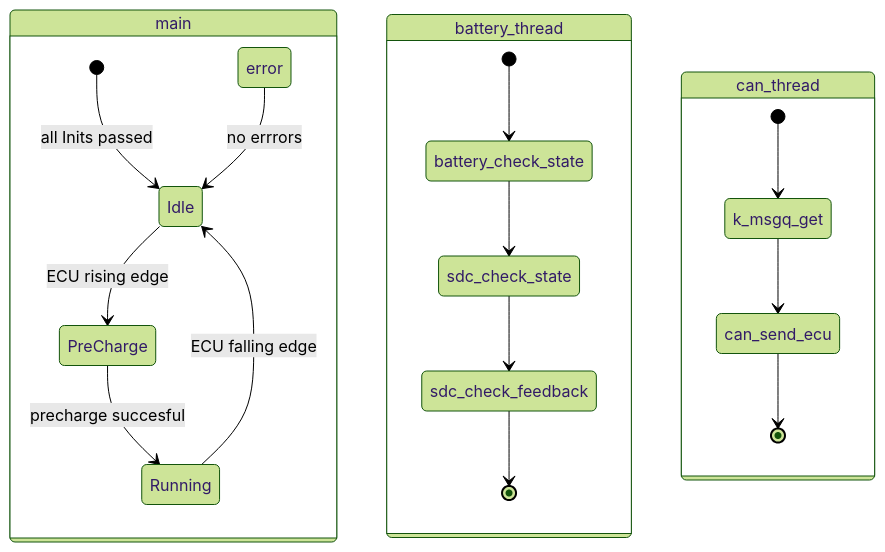
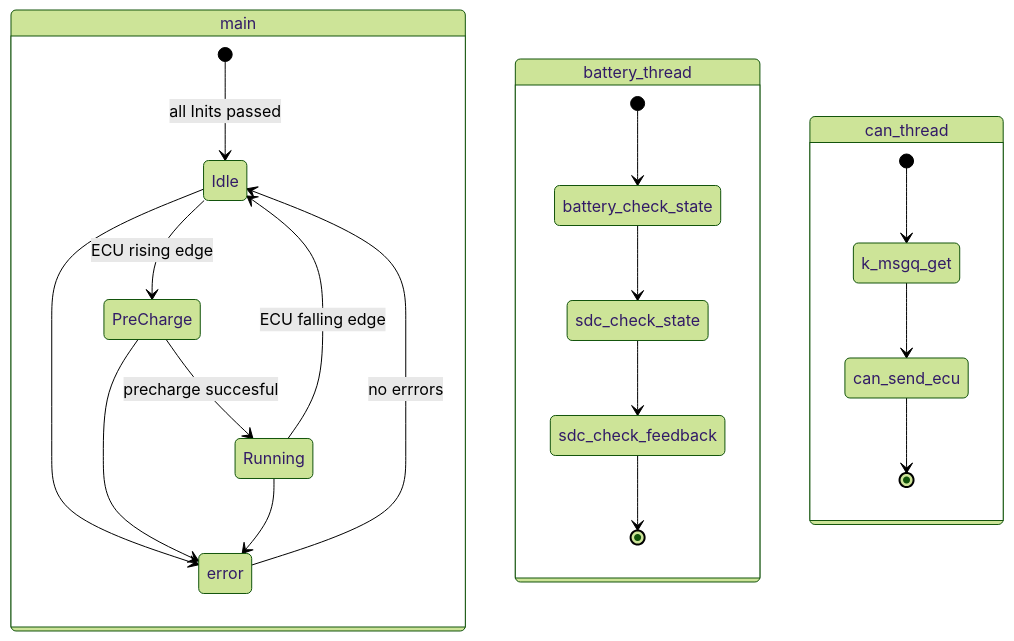
The second of 3 diagrams in README.md (renolluc/BMS_zephyr), drawn with Mermaid (forest theme) before and after one commit.

Commit message:
changed state diagram, added arrows from every state to error

````diff
--- a/README.md
+++ b/README.md
@@ -142,25 +142,29 @@
 ```mermaid
 stateDiagram-v2
 
 state main{
     [*] --> Idle: all Inits passed
     error --> Idle: no errrors
+    Idle --> error
+    PreCharge --> error
+    Running --> error
     Idle --> PreCharge: ECU rising edge
     PreCharge --> Running : precharge succesful
-    Running --> Idle : ECU falling edge 
+    Running --> Idle : ECU falling edge
+
 }
 
 state battery_thread{
     [*] --> battery_check_state
     battery_check_state --> sdc_check_state
     sdc_check_state --> sdc_check_feedback
     sdc_check_feedback --> [*]
 }
 
 state can_thread{
     [*] --> k_msgq_get
     k_msgq_get --> can_send_ecu
     can_send_ecu --> [*]
 }
 
 ```
````
